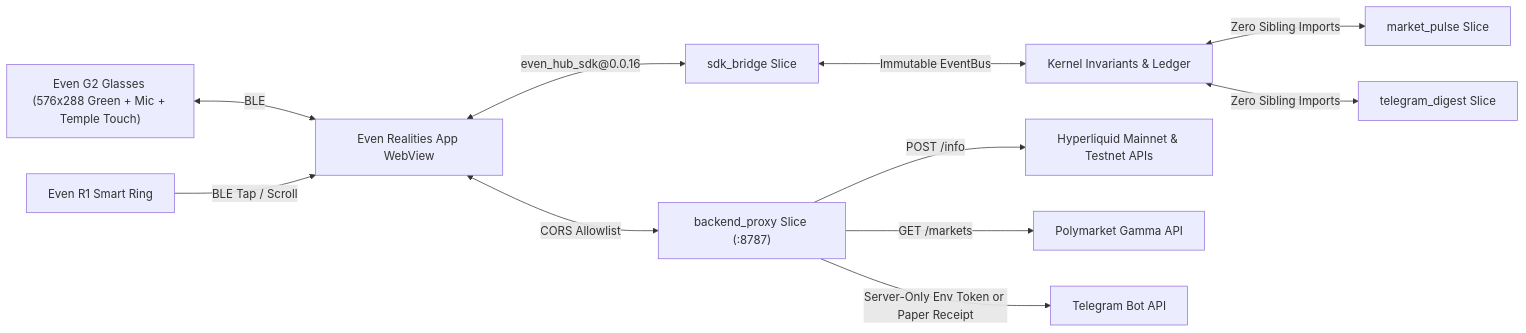
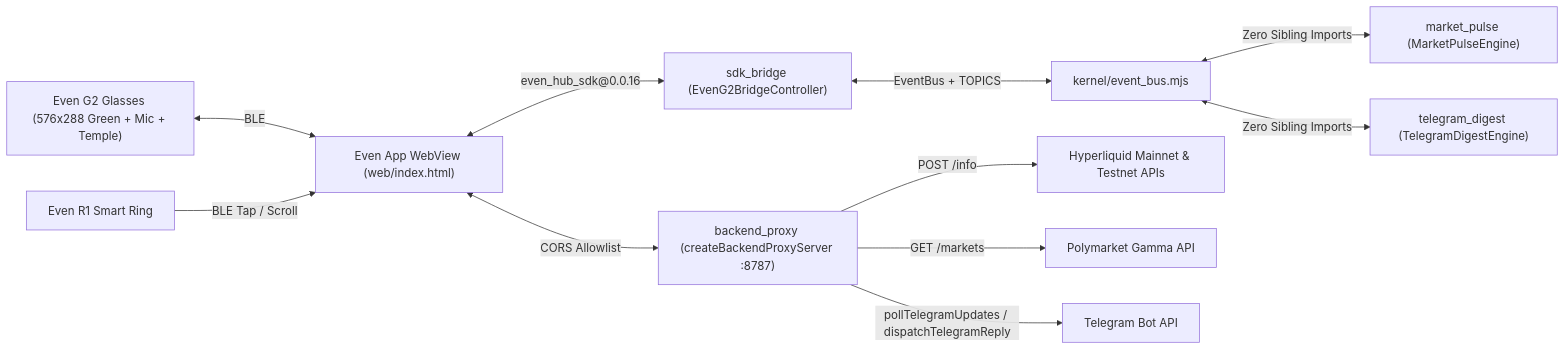
Before and after one commit to HindsightWise/headsup-pulse-even-g2: the diagram in README.md, drawn with Mermaid. The commit also changed other lines of this file, not shown here.

````diff
--- a/README.md
+++ b/README.md
@@ -13,13 +59,13 @@
 ```mermaid
 flowchart LR
-  G2["Even G2 Glasses (576x288 Green + Mic + Temple Touch)"] <-->|"BLE"| APP["Even Realities App WebView"]
+  G2["Even G2 Glasses (576x288 Green + Mic + Temple)"] <-->|"BLE"| APP["Even App WebView (web/index.html)"]
   R1["Even R1 Smart Ring"] -->|"BLE Tap / Scroll"| APP
-  APP <-->|"even_hub_sdk@0.0.16"| BRIDGE["sdk_bridge Slice"]
-  BRIDGE <-->|"Immutable EventBus"| KERNEL["Kernel Invariants & Ledger"]
-  KERNEL <-->|"Zero Sibling Imports"| MKT["market_pulse Slice"]
-  KERNEL <-->|"Zero Sibling Imports"| TG["telegram_digest Slice"]
-  APP <-->|"CORS Allowlist"| PROXY["backend_proxy Slice (:8787)"]
+  APP <-->|"even_hub_sdk@0.0.16"| BRIDGE["sdk_bridge (EvenG2BridgeController)"]
+  BRIDGE <-->|"EventBus + TOPICS"| KERNEL["kernel/event_bus.mjs"]
+  KERNEL <-->|"Zero Sibling Imports"| MKT["market_pulse (MarketPulseEngine)"]
+  KERNEL <-->|"Zero Sibling Imports"| TG["telegram_digest (TelegramDigestEngine)"]
+  APP <-->|"CORS Allowlist"| PROXY["backend_proxy (createBackendProxyServer :8787)"]
   PROXY -->|"POST /info"| HL["Hyperliquid Mainnet & Testnet APIs"]
   PROXY -->|"GET /markets"| PM["Polymarket Gamma API"]
-  PROXY -->|"Server-Only Env Token or Paper Receipt"| TGBOT["Telegram Bot API"]
+  PROXY -->|"pollTelegramUpdates / dispatchTelegramReply"| TGBOT["Telegram Bot API"]
 ```
````
